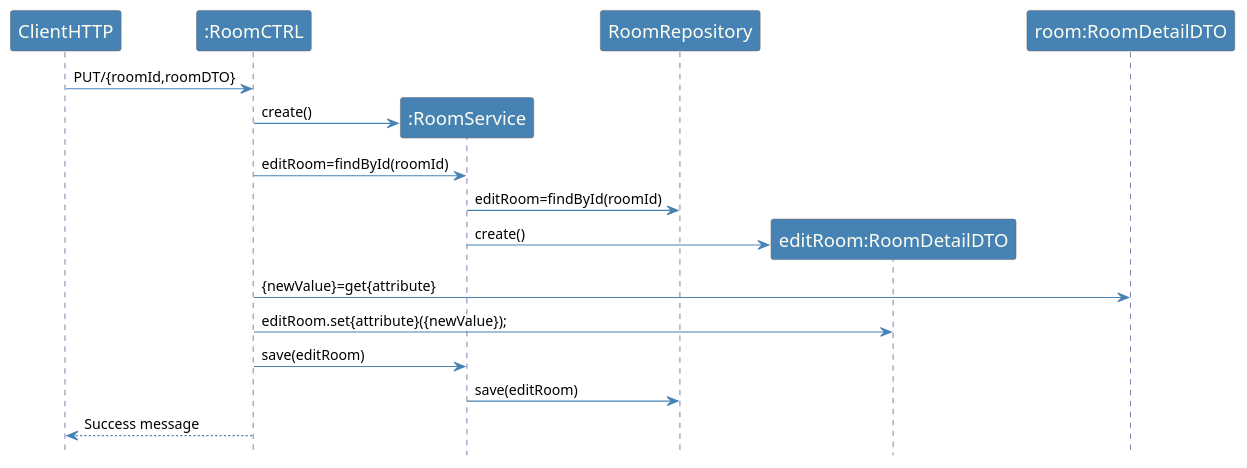
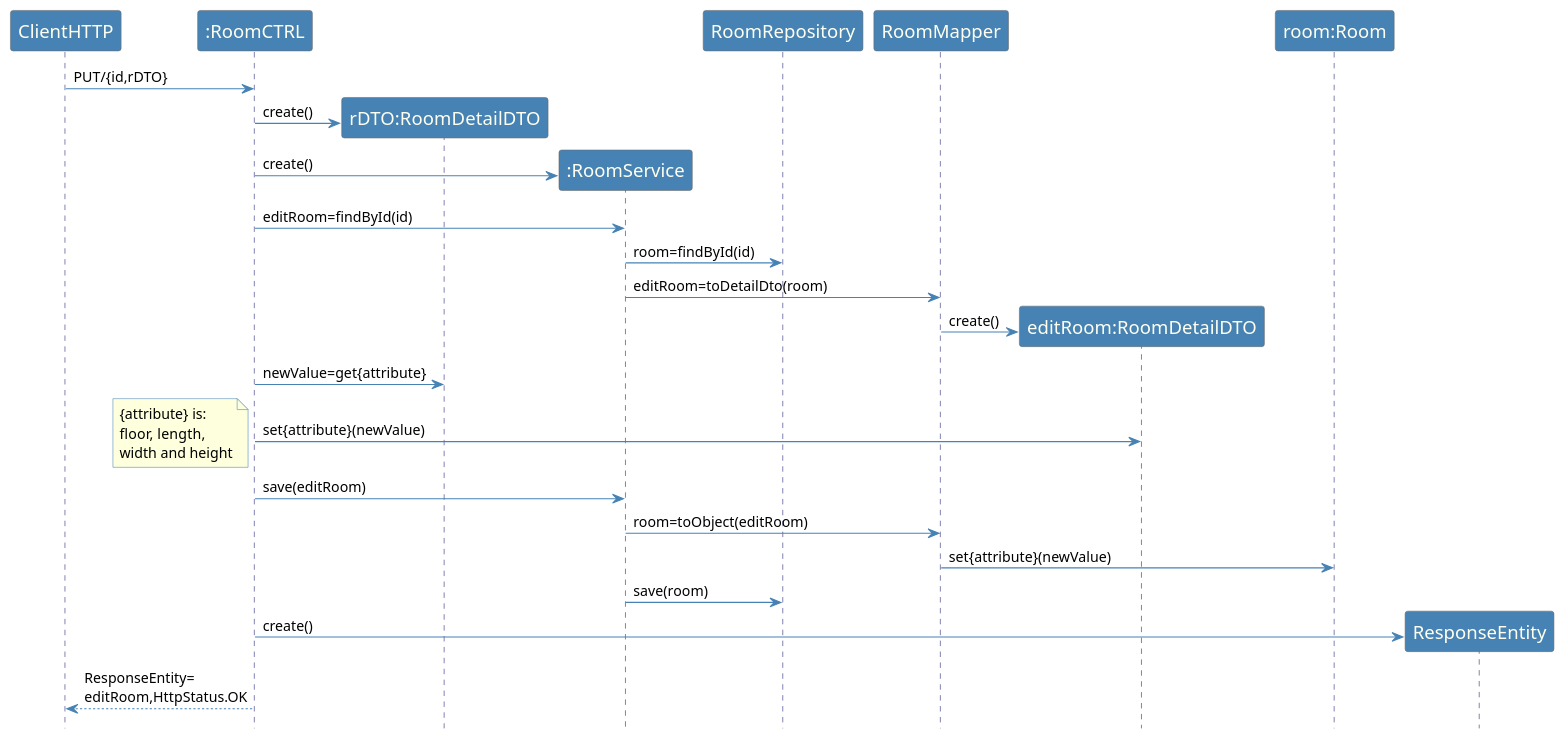
The diagram in src/main/java/smarthome/controller/rest/sequenceDiagrams/sd_EditRoom.puml (emanuel-pereira/hou), drawn with PlantUML before and after one commit.

Commit message:
Rest US109: Update sequence diagram. Ref #251

```diff
--- a/src/main/java/smarthome/controller/rest/sequenceDiagrams/sd_EditRoom.puml
+++ b/src/main/java/smarthome/controller/rest/sequenceDiagrams/sd_EditRoom.puml
@@ -1,44 +1,54 @@
 @startuml
 hidefootbox
 
 skinparam sequence {
 	ArrowColor SteelBlue
 	LifeLineBorderColor MidnightBlue
 	LifeLineBackgroundColor #A9DCDF
 
 	ParticipantBorderColor Dimgray
 	ParticipantBackgroundColor SteelBlue
 	ParticipantFontName Calibri Bold
 	ParticipantFontSize 17
 	ParticipantFontColor Ivory
 
 	ActorBackgroundColor SteelBlue
 	ActorFontColor MidnightBlue
 	ActorFontSize 17
 	ActorFontName Aapex
 }
 
 skinparam note {
 BorderColor SteelBlue
 }
 
 
-ClientHTTP -> ":RoomCTRL":  PUT/{roomId,roomDTO}
+ClientHTTP -> ":RoomCTRL":  PUT/{id,rDTO}
+create "rDTO:RoomDetailDTO"
+":RoomCTRL" -> "rDTO:RoomDetailDTO": create()
 create ":RoomService"
 ":RoomCTRL" -> ":RoomService": create()
-":RoomCTRL" -> ":RoomService": editRoom=findById(roomId)
-":RoomService" -> RoomRepository: editRoom=findById(roomId)
+":RoomCTRL" -> ":RoomService": editRoom=findById(id)
+":RoomService" -> RoomRepository: room=findById(id)
+":RoomService" -> RoomMapper: editRoom=toDetailDto(room)
 create "editRoom:RoomDetailDTO"
-":RoomService" -> "editRoom:RoomDetailDTO": create()
-":RoomCTRL"  -> "room:RoomDetailDTO": {newValue}=get{attribute}
-":RoomCTRL" ->"editRoom:RoomDetailDTO": editRoom.set{attribute}({newValue});
+RoomMapper -> "editRoom:RoomDetailDTO": create()
+":RoomCTRL" -> "rDTO:RoomDetailDTO": newValue=get{attribute}
+":RoomCTRL"  -> "editRoom:RoomDetailDTO": set{attribute}(newValue)
+
+note left
+{attribute} is:
+floor, length,
+width and height
+    end note
 ":RoomCTRL" -> ":RoomService": save(editRoom)
-":RoomService" -> RoomRepository: save(editRoom)
-ClientHTTP <-- ":RoomCTRL":  Success message
+":RoomService" -> RoomMapper: room=toObject(editRoom)
+RoomMapper -> "room:Room": set{attribute}(newValue)
 
+":RoomService" -> RoomRepository: save(room)
+create ResponseEntity
+":RoomCTRL" -> ResponseEntity: create()
 
-
-
-
+ClientHTTP <-- ":RoomCTRL": ResponseEntity=\neditRoom,HttpStatus.OK
 
 @enduml
```
